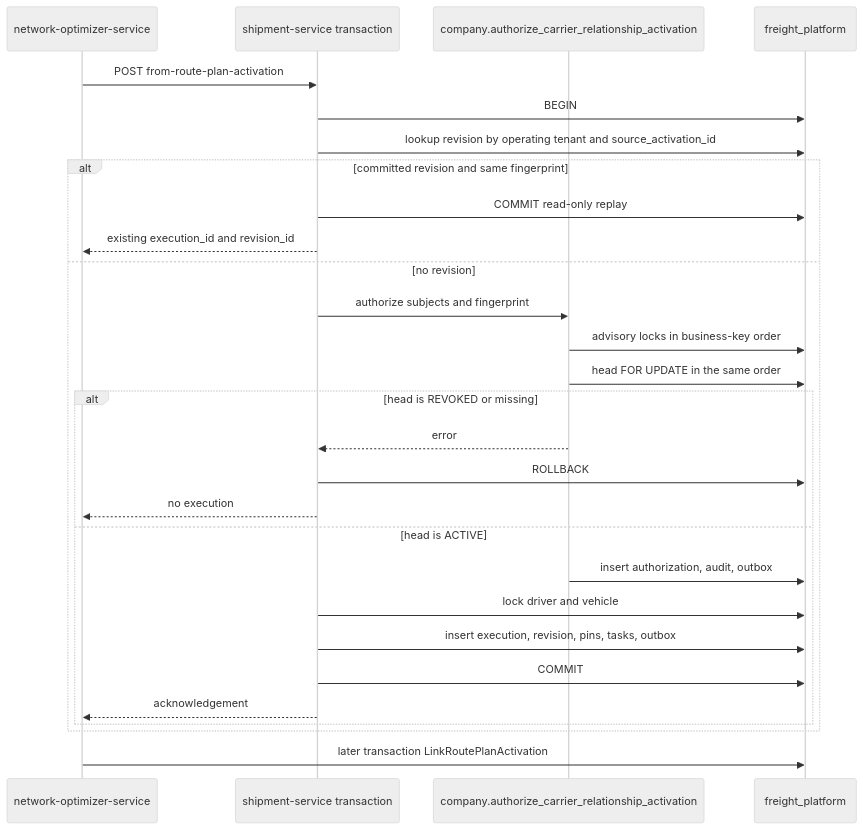
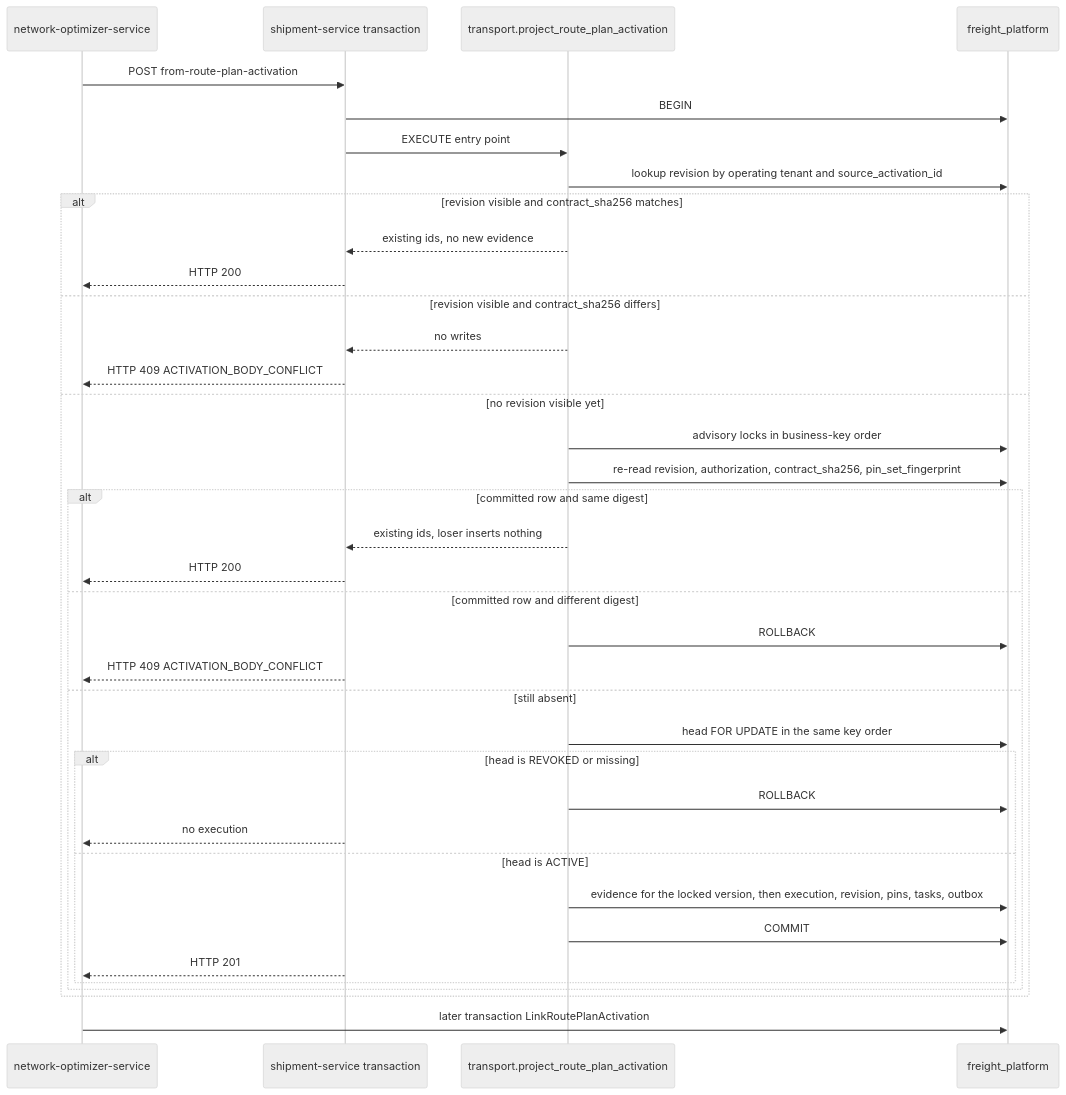
One commit to f9999737292-bit/Freihgt-platform changed the diagram in docs/architecture/platform/PLATFORM_CROSS_TENANT_ACTIVATION_PINS_0_1_ARCHITECTURE.md. Above: the diagram before and after it, drawn with Mermaid (neutral theme). The commit also changed other lines of this file and 1 other file, not shown here.

First line of the commit message:
Bind activation replay to the stored projection digest.

````diff
--- a/docs/architecture/platform/PLATFORM_CROSS_TENANT_ACTIVATION_PINS_0_1_ARCHITECTURE.md
+++ b/docs/architecture/platform/PLATFORM_CROSS_TENANT_ACTIVATION_PINS_0_1_ARCHITECTURE.md
@@ -165,31 +181,40 @@
 ```mermaid
 sequenceDiagram
     participant NLO as network-optimizer-service
     participant TMS as shipment-service transaction
-    participant Co as company.authorize_carrier_relationship_activation
+    participant Fn as transport.project_route_plan_activation
     participant DB as freight_platform
 
     NLO->>TMS: POST from-route-plan-activation
     TMS->>DB: BEGIN
-    TMS->>DB: lookup revision by operating tenant and source_activation_id
-    alt committed revision and same fingerprint
-        TMS->>DB: COMMIT read-only replay
-        TMS-->>NLO: existing execution_id and revision_id
-    else no revision
-        TMS->>Co: authorize subjects and fingerprint
-        Co->>DB: advisory locks in business-key order
-        Co->>DB: head FOR UPDATE in the same order
-        alt head is REVOKED or missing
-            Co-->>TMS: error
-            TMS->>DB: ROLLBACK
-            TMS-->>NLO: no execution
-        else head is ACTIVE
-            Co->>DB: insert authorization, audit, outbox
-            TMS->>DB: lock driver and vehicle
-            TMS->>DB: insert execution, revision, pins, tasks, outbox
-            TMS->>DB: COMMIT
-            TMS-->>NLO: acknowledgement
+    TMS->>Fn: EXECUTE entry point
+    Fn->>DB: lookup revision by operating tenant and source_activation_id
+    alt revision visible and contract_sha256 matches
+        Fn-->>TMS: existing ids, no new evidence
+        TMS-->>NLO: HTTP 200
+    else revision visible and contract_sha256 differs
+        Fn-->>TMS: no writes
+        TMS-->>NLO: HTTP 409 ACTIVATION_BODY_CONFLICT
+    else no revision visible yet
+        Fn->>DB: advisory locks in business-key order
+        Fn->>DB: re-read revision, authorization, contract_sha256, pin_set_fingerprint
+        alt committed row and same digest
+            Fn-->>TMS: existing ids, loser inserts nothing
+            TMS-->>NLO: HTTP 200
+        else committed row and different digest
+            Fn->>DB: ROLLBACK
+            TMS-->>NLO: HTTP 409 ACTIVATION_BODY_CONFLICT
+        else still absent
+            Fn->>DB: head FOR UPDATE in the same key order
+            alt head is REVOKED or missing
+                Fn->>DB: ROLLBACK
+                TMS-->>NLO: no execution
+            else head is ACTIVE
+                Fn->>DB: evidence for the locked version, then execution, revision, pins, tasks, outbox
+                Fn->>DB: COMMIT
+                TMS-->>NLO: HTTP 201
+            end
         end
     end
     NLO->>DB: later transaction LinkRoutePlanActivation
 ```
````
